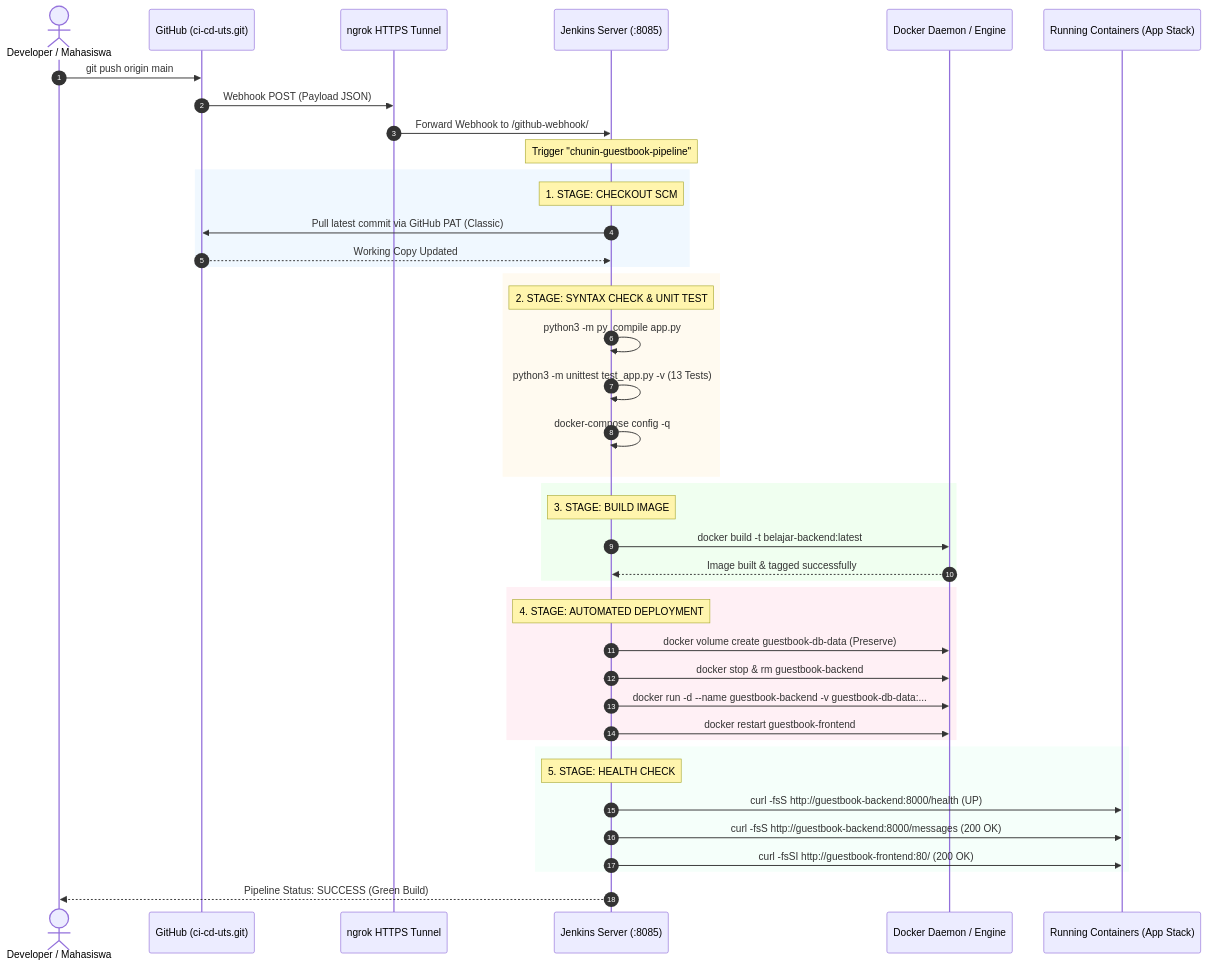
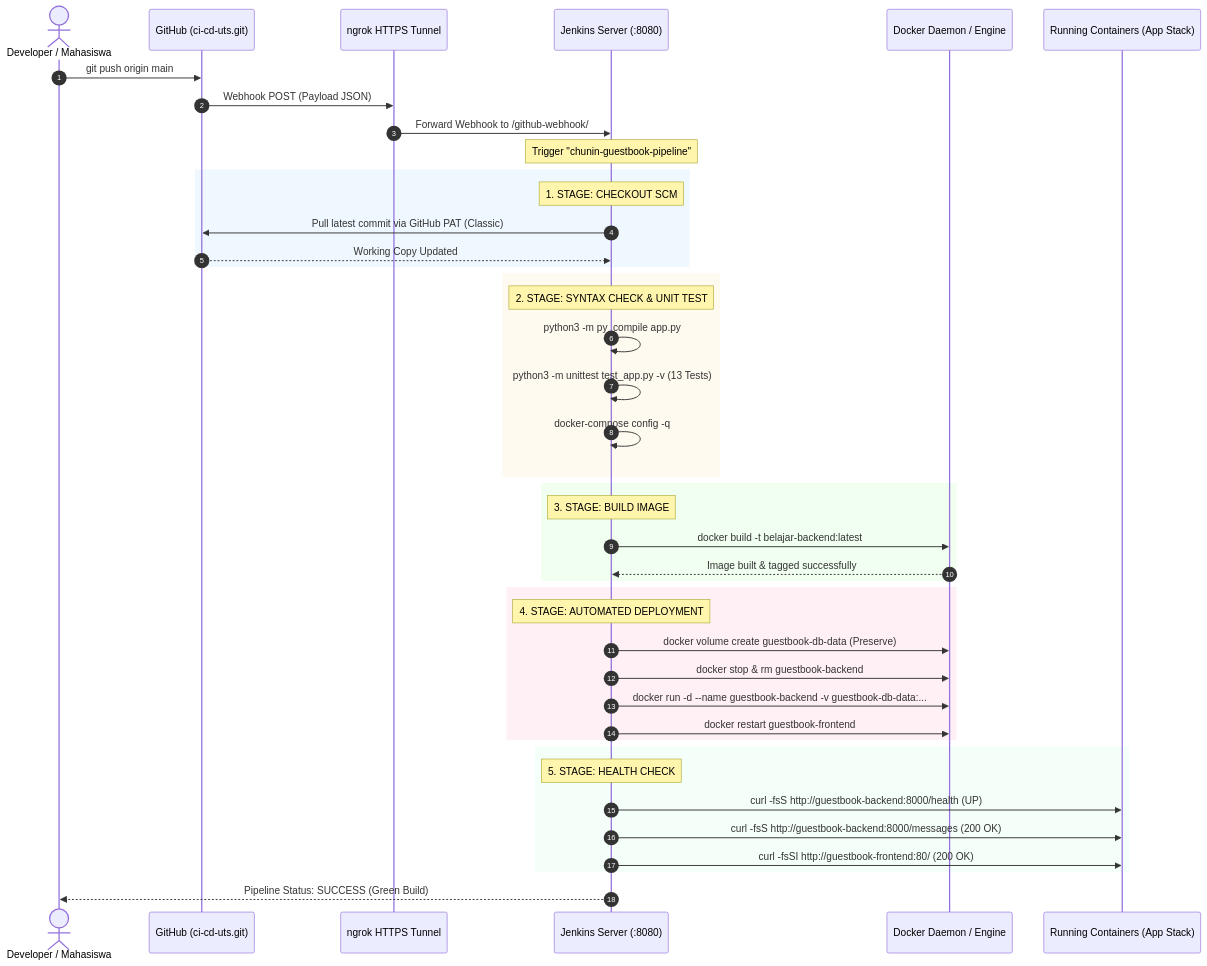
One commit to ervanfahriaw/ci-cd-uts changed the second of 2 diagrams in README.md. Above: the diagram before and after it, drawn with Mermaid. The commit also changed other lines of this file and 3 other files, not shown here.

````diff
--- a/README.md
+++ b/README.md
@@ -91,51 +91,51 @@
 ```mermaid
 sequenceDiagram
     autonumber
     actor Dev as Developer / Mahasiswa
     participant Git as GitHub (ci-cd-uts.git)
     participant Ngrok as ngrok HTTPS Tunnel
-    participant Jenkins as Jenkins Server (:8085)
+    participant Jenkins as Jenkins Server (:8080)
     participant Docker as Docker Daemon / Engine
     participant Target as Running Containers (App Stack)
 
     Dev->>Git: git push origin main
     Git->>Ngrok: Webhook POST (Payload JSON)
     Ngrok->>Jenkins: Forward Webhook to /github-webhook/
     Note over Jenkins: Trigger "chunin-guestbook-pipeline"
     
     rect rgb(240, 248, 255)
         Note over Jenkins: 1. STAGE: CHECKOUT SCM
         Jenkins->>Git: Pull latest commit via GitHub PAT (Classic)
         Git-->>Jenkins: Working Copy Updated
     end
 
     rect rgb(255, 250, 240)
         Note over Jenkins: 2. STAGE: SYNTAX CHECK & UNIT TEST
         Jenkins->>Jenkins: python3 -m py_compile app.py
         Jenkins->>Jenkins: python3 -m unittest test_app.py -v (13 Tests)
         Jenkins->>Jenkins: docker-compose config -q
     end
 
     rect rgb(240, 255, 240)
         Note over Jenkins: 3. STAGE: BUILD IMAGE
         Jenkins->>Docker: docker build -t belajar-backend:latest
         Docker-->>Jenkins: Image built & tagged successfully
     end
 
     rect rgb(255, 240, 245)
         Note over Jenkins: 4. STAGE: AUTOMATED DEPLOYMENT
         Jenkins->>Docker: docker volume create guestbook-db-data (Preserve)
         Jenkins->>Docker: docker stop & rm guestbook-backend
         Jenkins->>Docker: docker run -d --name guestbook-backend -v guestbook-db-data:...
         Jenkins->>Docker: docker restart guestbook-frontend
     end
 
     rect rgb(245, 255, 250)
         Note over Jenkins: 5. STAGE: HEALTH CHECK
         Jenkins->>Target: curl -fsS http://guestbook-backend:8000/health (UP)
         Jenkins->>Target: curl -fsS http://guestbook-backend:8000/messages (200 OK)
         Jenkins->>Target: curl -fsSI http://guestbook-frontend:80/ (200 OK)
     end
 
     Jenkins-->>Dev: Pipeline Status: SUCCESS (Green Build)
 ```
````
